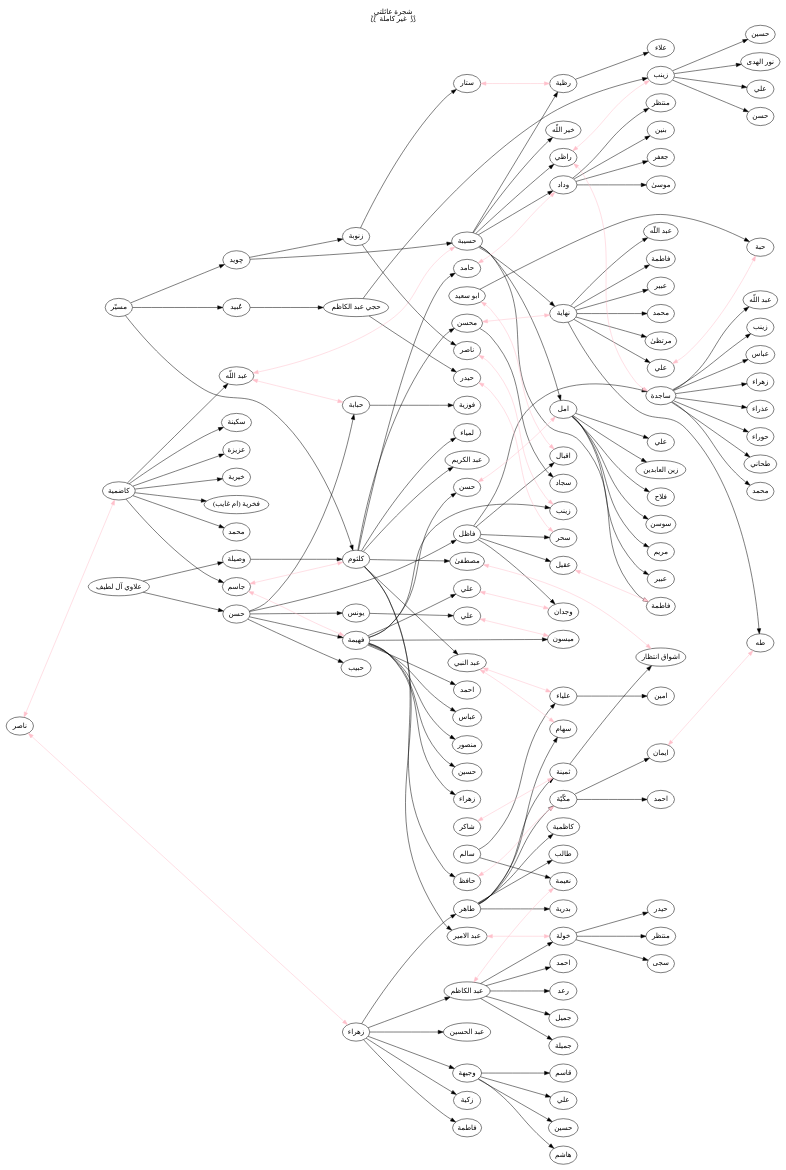
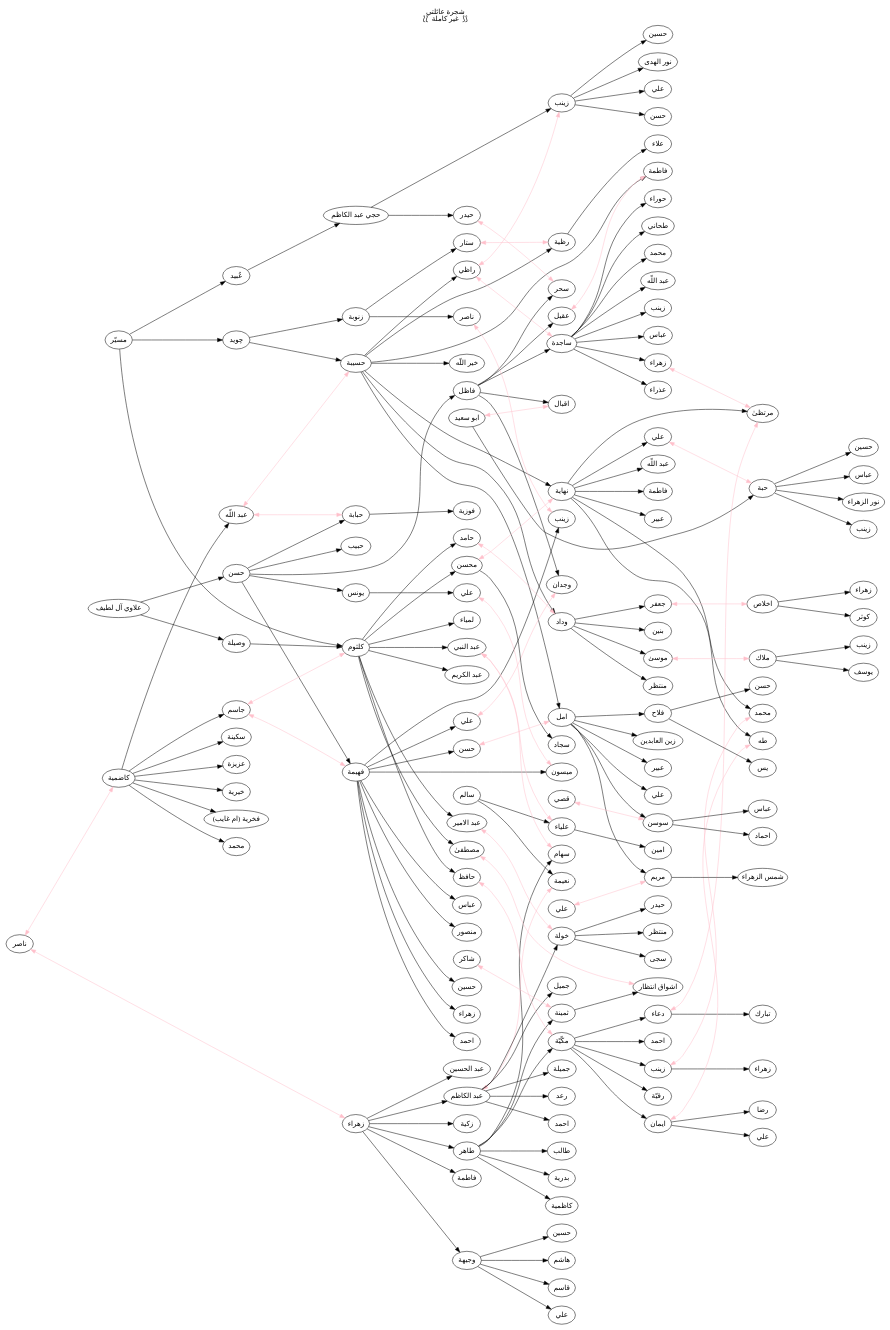
Before and after one commit to alhassy/alhassy.github.io: the diagram in posts/family-tree.org, drawn with Graphviz. The commit also changed other lines of this file and 33 other files, not shown here.

```diff
--- a/posts/family-tree.org
+++ b/posts/family-tree.org
@@ -156,10 +157,12 @@
 
 // TODO Al Hafith //////////////////////////////////////////////////
 حافظ -> مكّيّة [color=pink, dir=both]
+DuaHafith [label=دعاء]
+RugayahHafith [label=رقيّة]
+ZaynabHafith [label=زينب]
 EmanHafith [label=ايمان]
 AhmadHafith [label=احمد]
-مكّيّة -> EmanHafith, AhmadHafith
-EmanHafith  -> طه [color=pink, dir=both]
+مكّيّة -> EmanHafith, AhmadHafith, DuaHafith, RugayahHafith, ZaynabHafith
 
 // DONE AbdAlameer //////////////////////////////////////////////////
 "عبد الامير"  -> خولة [color=pink, dir=both]
@@ -172,7 +175,6 @@
 // DONE Muhsin //////////////////////////////////////////////////
 محسن  -> نهاية [color=pink, dir=both]
  AliMuhsin [label=علي]
- AliMuhsin  -> حبة [color=pink, dir=both]
 
  AbdAllahMuhsin [label= "عبد اللّه"]
  FatimaMuhsin [label=فاطمة]
@@ -181,6 +183,31 @@
 نهاية -> طه , محمد , مرتظیٰ , AbdAllahMuhsin , AbeerMuhsin , FatimaMuhsin , AliMuhsin
  محسن  -> سجاد
 
+
+AliMuhsin  -> حبة [color=pink, dir=both]
+HussainAliMuhsin [label=حسين]
+AbbasAliMuhsin [label=عباس]
+NoorZhraAliMuhsin [label="نور الزهراء"]
+ZaynabAliMuhsin [label=زينب]
+حبة -> HussainAliMuhsin, AbbasAliMuhsin, NoorZhraAliMuhsin, ZaynabAliMuhsin
+
+
+EmanHafith  -> طه [color=pink, dir=both]
+AliTahaMuhsin [label=علي]
+RithaTahaMuhsin [label=رضا]
+EmanHafith -> AliTahaMuhsin, RithaTahaMuhsin
+
+
+ زهراء -> مرتظیٰ [color=pink, dir=both]
+DuaHafith -> مرتظیٰ [color=pink, dir=both]
+DuaHafith -> تبارك
+
+ZaynabHafith -> محمد [color=pink, dir=both]
+ZehraMohammadMuhsin [label=زهراء]
+ZaynabHafith -> ZehraMohammadMuhsin
+
+
+// AbeerMuhsin -> FatimahAbeerMuhsin, MohammadAbeerMuhsin
 
 // DONE Hassan //////////////////////////////////////////////////
  حسن ->  امل [color=pink, dir=both]
@@ -193,7 +220,20 @@
  امل ->  "زين العابدين"
 
 
+HassanFalahHassan [label = حسن]
+YaseenFalahHassan [label = یس]
+فلاح -> HassanFalahHassan, YaseenFalahHassan
 
+
+Kusai [label = "قصي"]
+Kusai -> سوسن [color=pink, dir=both]
+AbbasSawsanHassan [label = عباس]
+AhmadSawsanHassan [label = احماد]
+سوسن -> AbbasSawsanHassan, AhmadSawsanHassan
+
+AliMariamHusband [label = علي]
+AliMariamHusband -> مريم [color=pink, dir=both]
+مريم -> "شمس الزهراء"
 
 // DONE Hamid ////////////////////////////////////////////////////////////////////////
   حامد -> وداد [color=pink, dir=both]
@@ -201,6 +241,15 @@
   وداد -> موسیٰ
   وداد -> منتظر
   وداد -> بنين
+
+موسیٰ  -> ملاك [color=pink, dir=both]
+ZaynabMusaHamid [label = زينب]
+YusufMusaHamid [label = يوسف]
+ملاك -> YusufMusaHamid, ZaynabMusaHamid
+
+جعفر  -> اخلاص [color=pink, dir=both]
+ZahraaJaafarHamid [label = زهراء]
+KawtherJaafarHamid [label = كوثر]
+اخلاص -> ZahraaJaafarHamid, KawtherJaafarHamid
 }
-
 #+END_SRC
```
